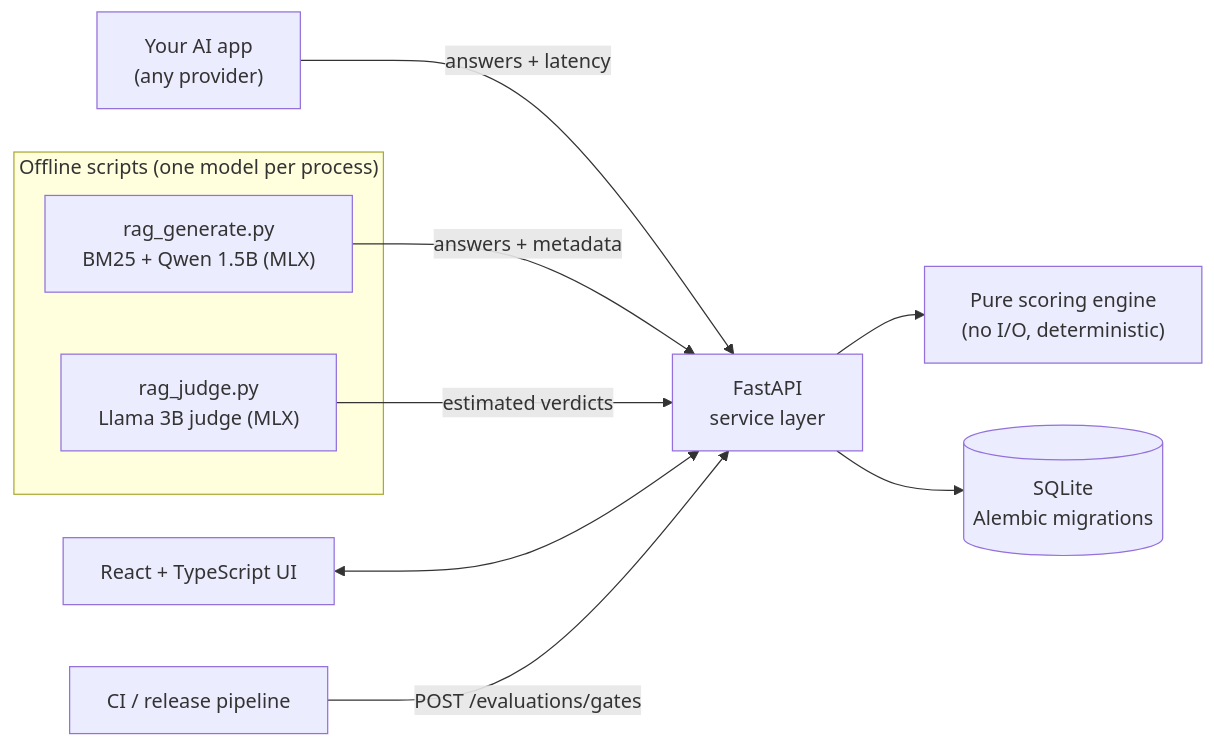
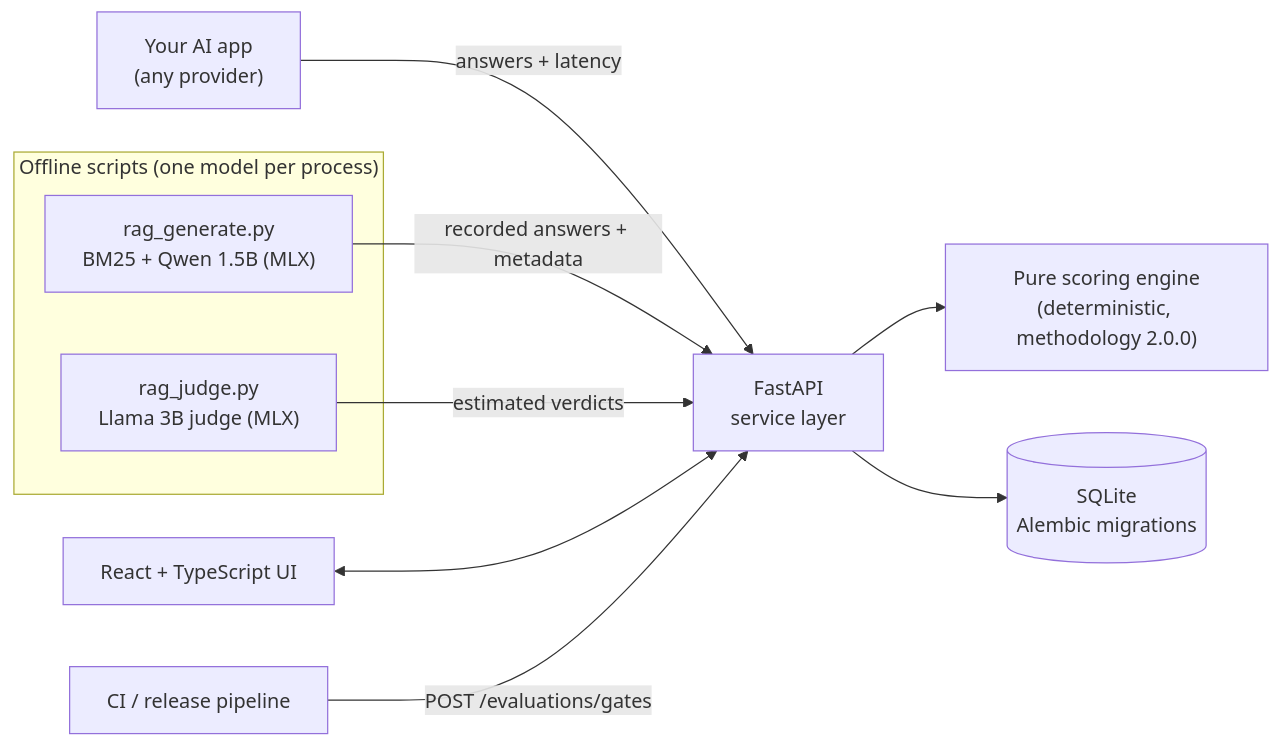
The diagram in README.md (rkampa07/evalops-ai), drawn with Mermaid before and after one commit. The commit also changed other lines of this file and 3 other files, not shown here.

````diff
--- a/README.md
+++ b/README.md
@@ -39,14 +43,14 @@
 ```mermaid
 flowchart LR
     subgraph Offline["Offline scripts (one model per process)"]
         GEN["rag_generate.py<br/>BM25 + Qwen 1.5B (MLX)"]
         JUD["rag_judge.py<br/>Llama 3B judge (MLX)"]
     end
     APP["Your AI app<br/>(any provider)"] -- "answers + latency" --> API
-    GEN -- "answers + metadata" --> API
+    GEN -- "recorded answers + metadata" --> API
     JUD -- "estimated verdicts" --> API
     UI["React + TypeScript UI"] <--> API["FastAPI<br/>service layer"]
-    API --> ENG["Pure scoring engine<br/>(no I/O, deterministic)"]
+    API --> ENG["Pure scoring engine<br/>(deterministic, methodology 2.0.0)"]
     API --> DB[("SQLite<br/>Alembic migrations")]
     CI["CI / release pipeline"] -- "POST /evaluations/gates" --> API
 ```
````
